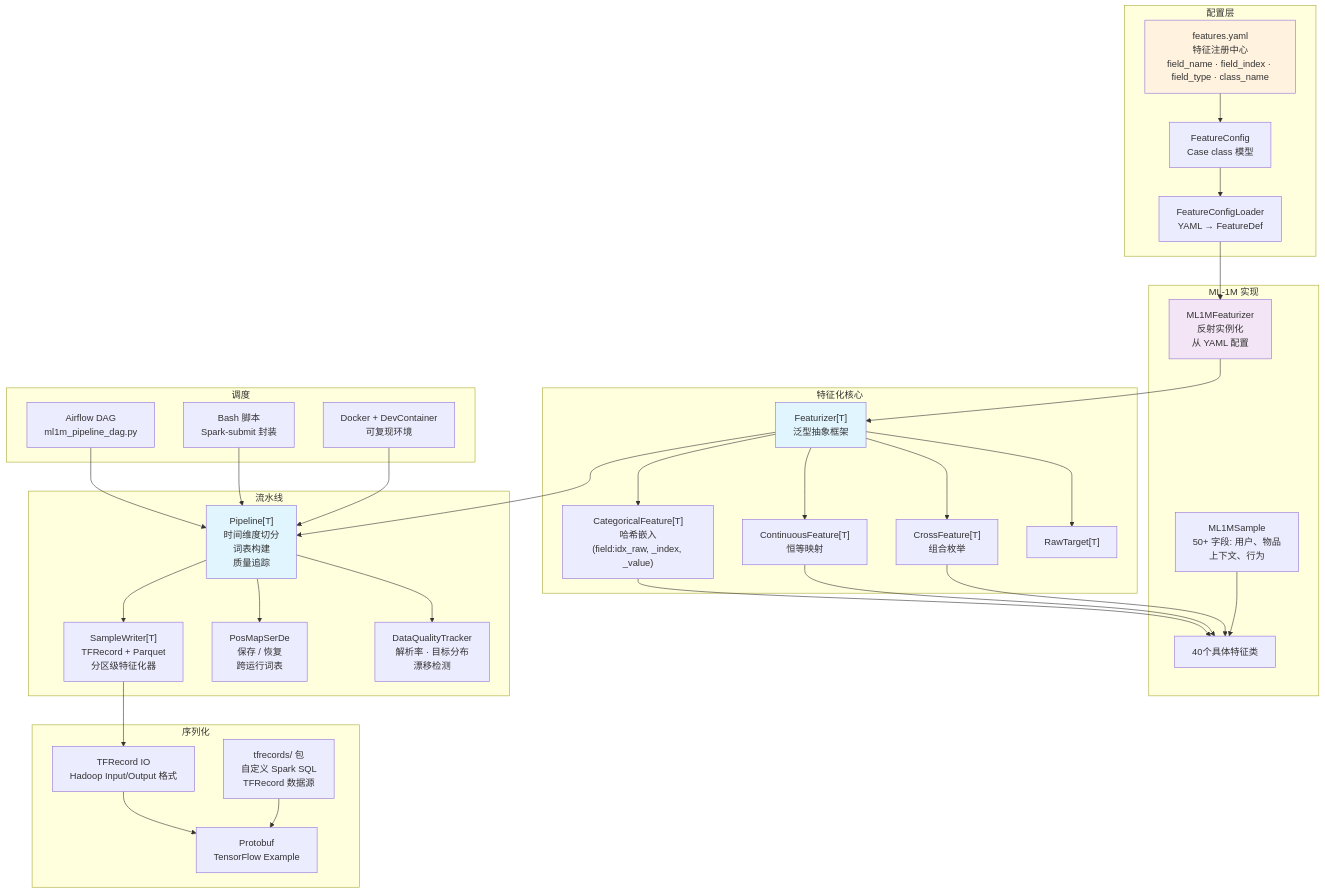
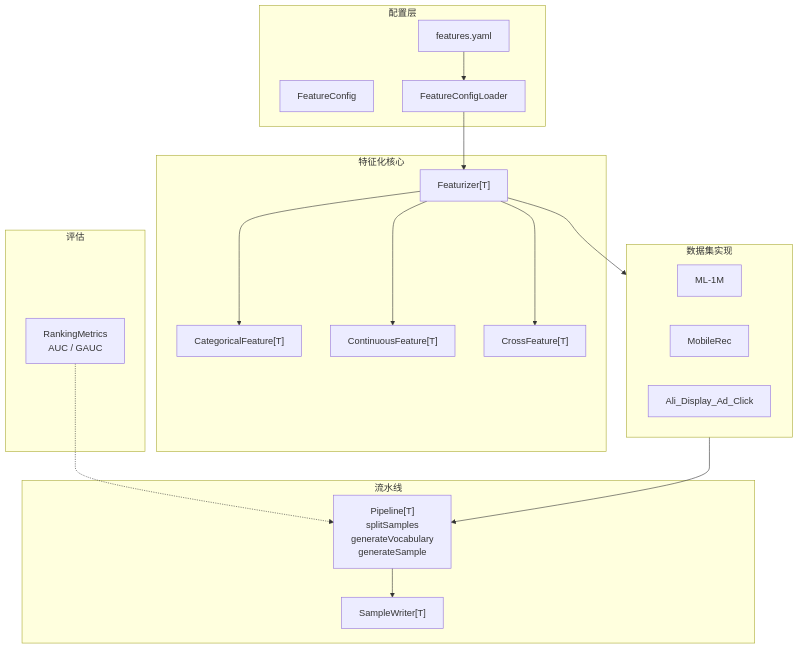
One commit to shardzhang/gerbil-data changed the second of 2 diagrams in README_CH.md. Above: the diagram before and after it, drawn with Mermaid. The commit also changed other lines of this file and 3 other files, not shown here.

Commit message:
docs: update README with 3 datasets, refactored pipeline, AUC/GAUC eval, and new architecture

````diff
--- a/README_CH.md
+++ b/README_CH.md
@@ -136,58 +134,37 @@
 ```mermaid
 flowchart TD
     subgraph Config[配置层]
-        YAML[features.yaml<br/>特征注册中心<br/>field_name · field_index · field_type · class_name]
-        FC[FeatureConfig<br/>Case class 模型]
-        CL[FeatureConfigLoader<br/>YAML → FeatureDef]
+        YAML[features.yaml]
+        FC[FeatureConfig]
+        CL[FeatureConfigLoader]
     end
 
     subgraph Core[特征化核心]
-        FE["Featurizer[T]<br/>泛型抽象框架"]
-        CF["CategoricalFeature[T]<br/>哈希嵌入<br/>(field:idx_raw, _index, _value)"]
-        COF["ContinuousFeature[T]<br/>恒等映射"]
-        XF["CrossFeature[T]<br/>组合枚举"]
-        RT["RawTarget[T]"]
+        FE["Featurizer[T]"]
+        CF["CategoricalFeature[T]"]
+        COF["ContinuousFeature[T]"]
+        XF["CrossFeature[T]"]
     end
 
-    subgraph ML1M[ML-1M 实现]
-        MF[ML1MFeaturizer<br/>反射实例化<br/>从 YAML 配置]
-        MS[ML1MSample<br/>50+ 字段: 用户、物品<br/>上下文、行为]
-        UF[40个具体特征类]
+    subgraph DS[数据集实现]
+        M1[ML-1M]
+        MR[MobileRec]
+        AL[Ali_Display_Ad_Click]
     end
 
     subgraph Pipe[流水线]
-        PL["Pipeline[T]<br/>时间维度切分<br/>词表构建<br/>质量追踪"]
-        SW["SampleWriter[T]<br/>TFRecord + Parquet<br/>分区级特征化器"]
-        PS[PosMapSerDe<br/>保存 / 恢复<br/>跨运行词表]
-        QT[DataQualityTracker<br/>解析率 · 目标分布<br/>漂移检测]
+        PL["Pipeline[T]<br/>splitSamples<br/>generateVocabulary<br/>generateSample"]
+        SW["SampleWriter[T]"]
     end
 
-    subgraph Serde[序列化]
-        TR[tfrecords/ 包<br/>自定义 Spark SQL<br/>TFRecord 数据源]
-        TF[TFRecord IO<br/>Hadoop Input/Output 格式]
-        PB[Protobuf<br/>TensorFlow Example]
+    subgraph Eval[评估]
+        RM[RankingMetrics<br/>AUC / GAUC]
     end
 
-    subgraph Sched[调度]
-        AD[Airflow DAG<br/>ml1m_pipeline_dag.py]
-        SP[Bash 脚本<br/>Spark-submit 封装]
-        DV[Docker + DevContainer<br/>可复现环境]
-    end
-
-    YAML --> FC --> CL --> MF
-    MF --> FE
-    FE --> CF & COF & XF & RT
-    CF & COF & XF --> UF
-    MS --> UF
-    FE --> PL
-    PL --> SW & PS & QT
-    SW --> TF
-    TF --> PB
-    TR --> PB
-    AD & SP & DV --> PL
-
-    style FE fill:#e1f5fe
-    style PL fill:#e1f5fe
-    style YAML fill:#fff3e0
-    style MF fill:#f3e5f5
+    YAML --> CL --> FE
+    FE --> CF & COF & XF
+    FE --> DS
+    DS --> PL
+    PL --> SW
+    RM -.-> PL
 ```
````
